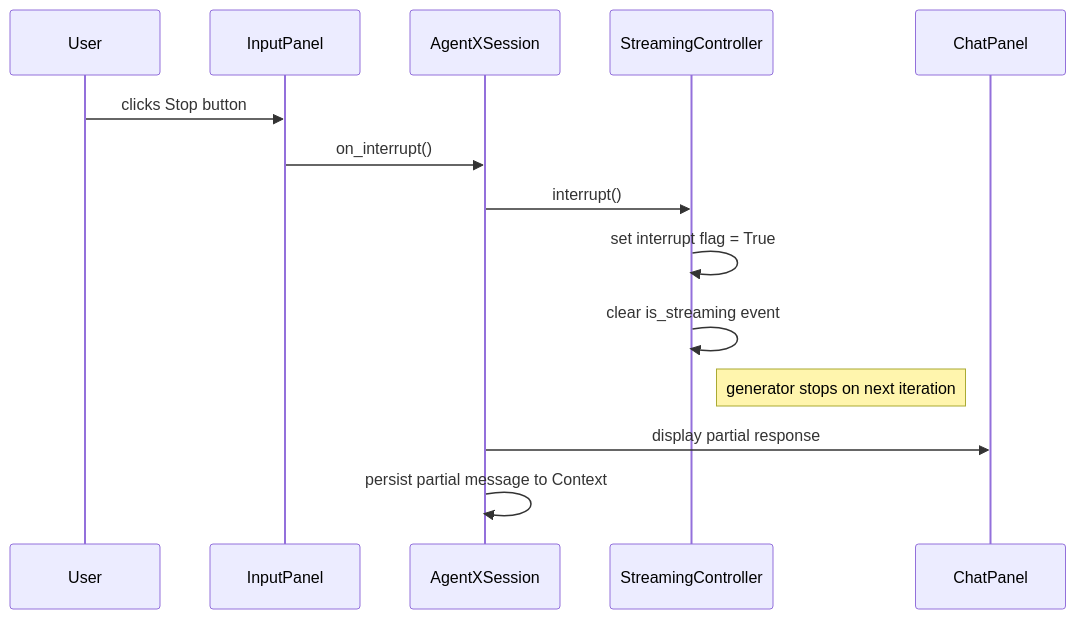
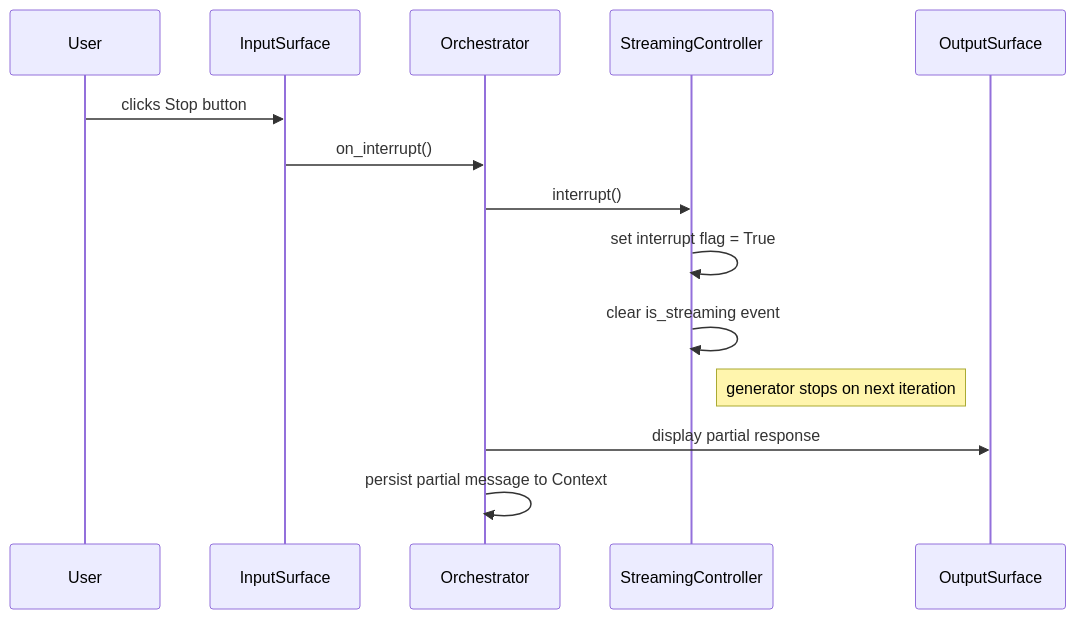
The tenth of 14 diagrams in docs/ux/02_USER_FLOWS.md (matthewapeters/agentX), drawn with Mermaid before and after one commit. The commit also changed other lines of this file and 336 other files, not shown here.

````diff
--- a/docs/ux/02_USER_FLOWS.md
+++ b/docs/ux/02_USER_FLOWS.md
@@ -293,17 +299,17 @@
 ```mermaid
 sequenceDiagram
     participant User
-    participant InputPanel
-    participant Session as AgentXSession
+    participant InputSurface
+    participant Session as Orchestrator
     participant Controller as StreamingController
-    participant Chat as ChatPanel
+    participant Chat as OutputSurface
 
-    User->>InputPanel: clicks Stop button
-    InputPanel->>Session: on_interrupt()
+    User->>InputSurface: clicks Stop button
+    InputSurface->>Session: on_interrupt()
     Session->>Controller: interrupt()
     Controller->>Controller: set interrupt flag = True
     Controller->>Controller: clear is_streaming event
     Note right of Controller: generator stops on next iteration
     Session->>Chat: display partial response
     Session->>Session: persist partial message to Context
 ```
````
